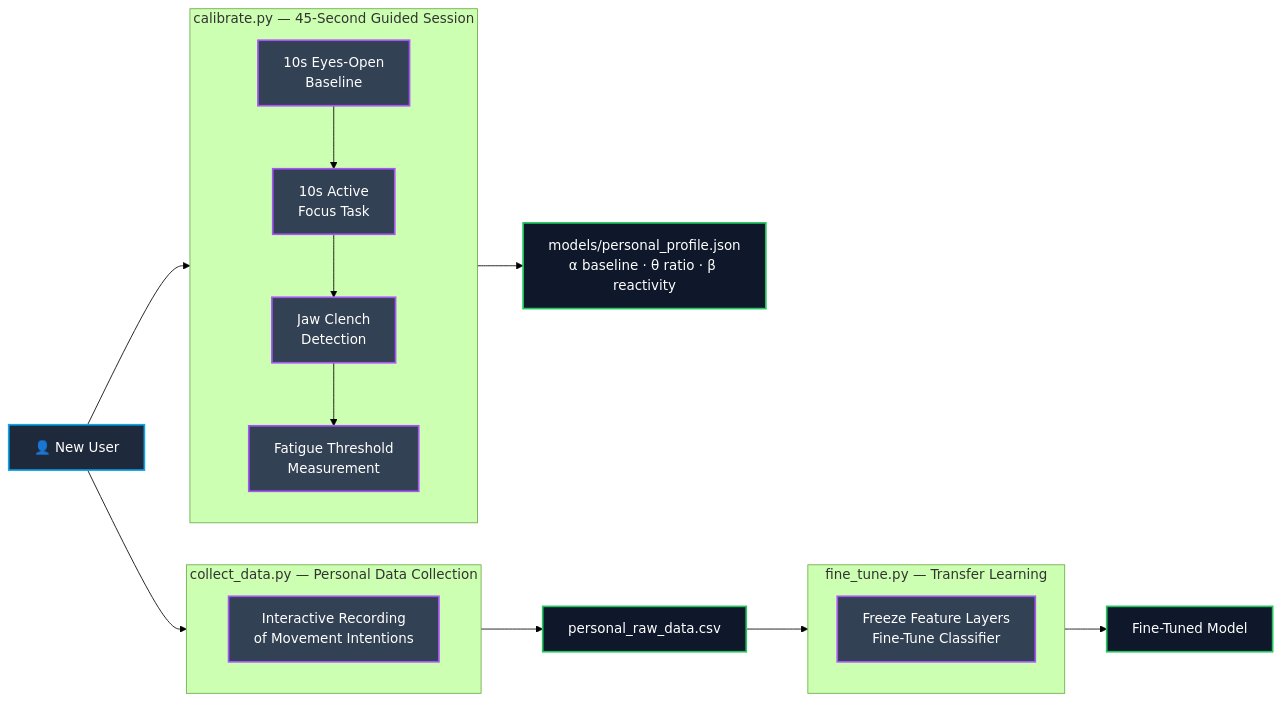
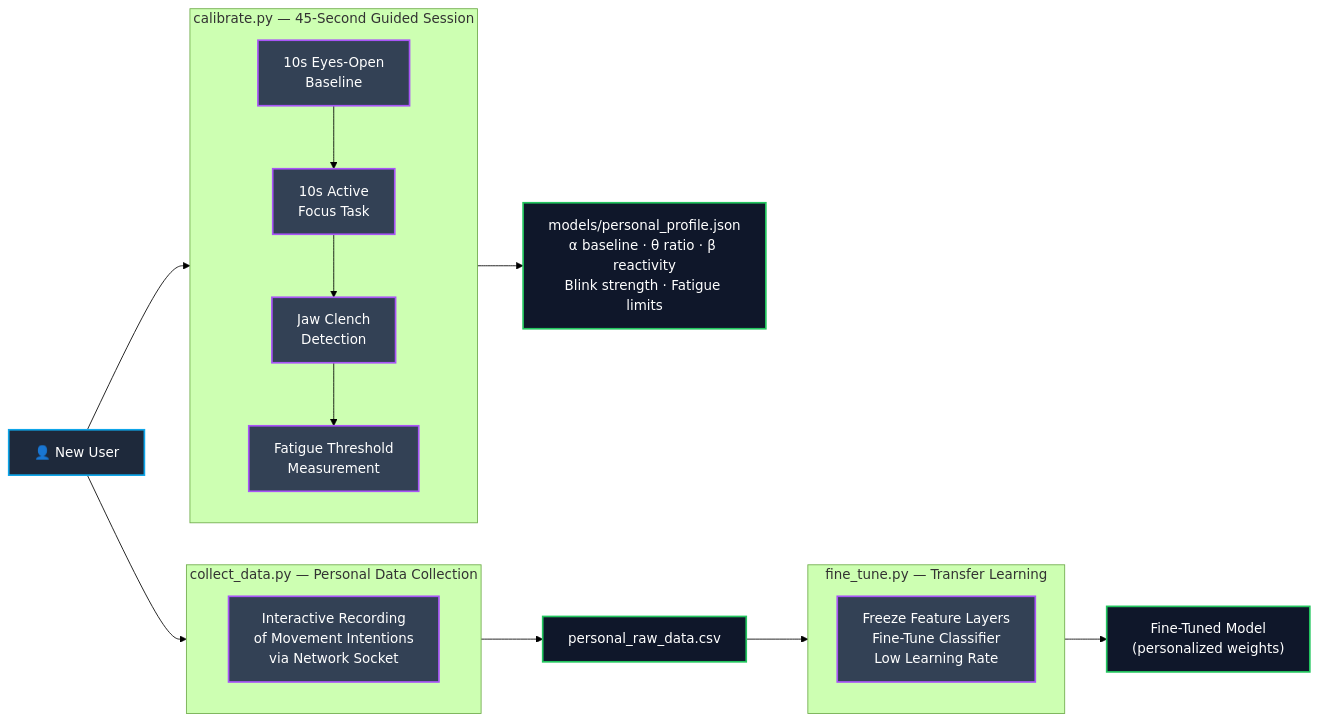
The fifth of 7 diagrams in visual_workflow.md (NAVEENKCG/Mind_Wave_AImodel), drawn with Mermaid (forest theme) before and after one commit. The commit also changed other lines of this file and 2 other files, not shown here.

Commit message:
docs: comprehensive update to README.md and visual_workflow.md — add architecture diagrams, file map, results, datasets, project structure, and full pipeline flowcharts

````diff
--- a/visual_workflow.md
+++ b/visual_workflow.md
@@ -168,33 +181,33 @@
 ```mermaid
 flowchart LR
     classDef script fill:#334155,stroke:#a855f7,stroke-width:2px,color:#fff
     classDef artifact fill:#0f172a,stroke:#22c55e,stroke-width:2px,color:#fff
     classDef flow fill:#1e293b,stroke:#0ea5e9,stroke-width:2px,color:#fff
 
     USER["👤 New User"]:::flow
 
     subgraph CALIBRATE["calibrate.py — 45-Second Guided Session"]
         REST["10s Eyes-Open<br/>Baseline"]:::script
         FOCUS["10s Active<br/>Focus Task"]:::script
         CLENCH["Jaw Clench<br/>Detection"]:::script
         FATIGUE["Fatigue Threshold<br/>Measurement"]:::script
 
         REST --> FOCUS --> CLENCH --> FATIGUE
     end
 
     subgraph COLLECT["collect_data.py — Personal Data Collection"]
-        REC["Interactive Recording<br/>of Movement Intentions"]:::script
+        REC["Interactive Recording<br/>of Movement Intentions<br/>via Network Socket"]:::script
     end
 
     subgraph TUNE["fine_tune.py — Transfer Learning"]
-        FT["Freeze Feature Layers<br/>Fine-Tune Classifier"]:::script
+        FT["Freeze Feature Layers<br/>Fine-Tune Classifier<br/>Low Learning Rate"]:::script
     end
 
     USER --> CALIBRATE
     USER --> COLLECT
 
-    CALIBRATE --> PROF["models/personal_profile.json<br/>α baseline · θ ratio · β reactivity"]:::artifact
+    CALIBRATE --> PROF["models/personal_profile.json<br/>α baseline · θ ratio · β reactivity<br/>Blink strength · Fatigue limits"]:::artifact
     COLLECT --> CSV["personal_raw_data.csv"]:::artifact
     CSV --> TUNE
-    TUNE --> FINEMODEL["Fine-Tuned Model"]:::artifact
+    TUNE --> FINEMODEL["Fine-Tuned Model<br/>(personalized weights)"]:::artifact
 ```
````
